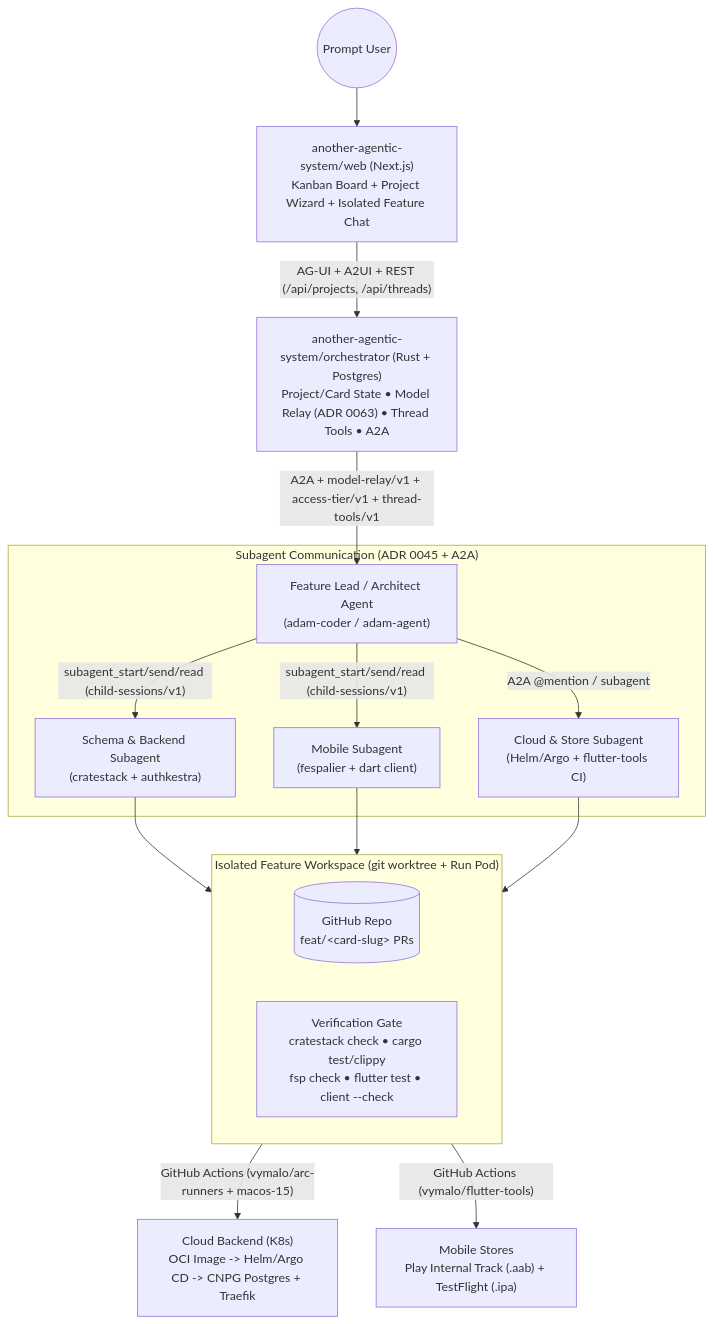
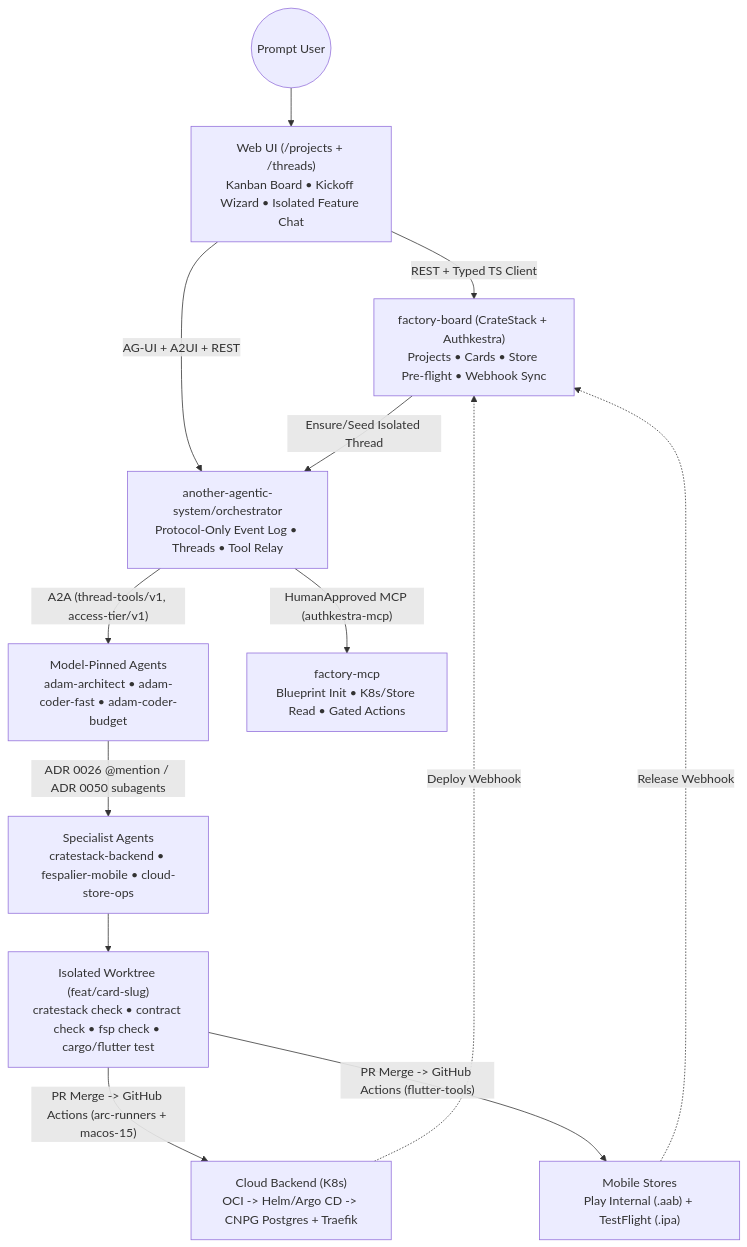
Before and after one commit to marcjazz/another-agentic-system: the diagram in docs/plans/app-factory-mvp-2026-12.md, drawn with Mermaid. The commit also changed other lines of this file and 2 other files, not shown here.

Commit message:
docs(plan): add ADR 0072 and revise Dec 2026 app-factory plan

````diff
--- a/docs/plans/app-factory-mvp-2026-12.md
+++ b/docs/plans/app-factory-mvp-2026-12.md
@@ -75,25 +75,18 @@
 ```mermaid
 flowchart TB
-  User((Prompt User)) --> Web["another-agentic-system/web (Next.js)<br/>Kanban Board + Project Wizard + Isolated Feature Chat"]
-  Web -- "AG-UI + A2UI + REST (/api/projects, /api/threads)" --> Orch["another-agentic-system/orchestrator (Rust + Postgres)<br/>Project/Card State • Model Relay (ADR 0063) • Thread Tools • A2A"]
+  User((Prompt User)) --> Web["Web UI (/projects + /threads)<br/>Kanban Board • Kickoff Wizard • Isolated Feature Chat"]
+  Web -- "REST + Typed TS Client" --> Board["factory-board (CrateStack + Authkestra)<br/>Projects • Cards • Store Pre-flight • Webhook Sync"]
+  Web -- "AG-UI + A2UI + REST" --> Orch["another-agentic-system/orchestrator<br/>Protocol-Only Event Log • Threads • Tool Relay"]
 
-  Orch -- "A2A + model-relay/v1 + access-tier/v1 + thread-tools/v1" --> Lead["Feature Lead / Architect Agent<br/>(adam-coder / adam-agent)"]
+  Board -- "Ensure/Seed Isolated Thread" --> Orch
+  Orch -- "A2A (thread-tools/v1, access-tier/v1)" --> Agents["Model-Pinned Agents<br/>adam-architect • adam-coder-fast • adam-coder-budget"]
 
-  subgraph Agents["Subagent Communication (ADR 0045 + A2A)"]
-    Lead -- "subagent_start/send/read (child-sessions/v1)" --> SchemaSub["Schema & Backend Subagent<br/>(cratestack + authkestra)"]
-    Lead -- "subagent_start/send/read (child-sessions/v1)" --> MobileSub["Mobile Subagent<br/>(fespalier + dart client)"]
-    Lead -- "A2A @mention / subagent" --> OpsSub["Cloud & Store Subagent<br/>(Helm/Argo + flutter-tools CI)"]
-  end
+  Agents -- "ADR 0026 @mention / ADR 0050 subagents" --> Specialists["Specialist Agents<br/>cratestack-backend • fespalier-mobile • cloud-store-ops"]
+  Specialists --> Workspace["Isolated Worktree (feat/card-slug)<br/>cratestack check • contract check • fsp check • cargo/flutter test"]
 
-  subgraph Workspace["Isolated Feature Workspace (git worktree + Run Pod)"]
-    Git[(GitHub Repo<br/>feat/&lt;card-slug&gt; PRs)]
-    Verify["Verification Gate<br/>cratestack check • cargo test/clippy<br/>fsp check • flutter test • client --check"]
-  end
-
-  SchemaSub --> Workspace
-  MobileSub --> Workspace
-  OpsSub --> Workspace
-
-  Workspace -- "GitHub Actions (vymalo/arc-runners + macos-15)" --> Cloud["Cloud Backend (K8s)<br/>OCI Image -> Helm/Argo CD -> CNPG Postgres + Traefik"]
-  Workspace -- "GitHub Actions (vymalo/flutter-tools)" --> Stores["Mobile Stores<br/>Play Internal Track (.aab) + TestFlight (.ipa)"]
+  Orch -- "HumanApproved MCP (authkestra-mcp)" --> FactoryMcp["factory-mcp<br/>Blueprint Init • K8s/Store Read • Gated Actions"]
+  Workspace -- "PR Merge -> GitHub Actions (arc-runners + macos-15)" --> Cloud["Cloud Backend (K8s)<br/>OCI -> Helm/Argo CD -> CNPG Postgres + Traefik"]
+  Workspace -- "PR Merge -> GitHub Actions (flutter-tools)" --> Stores["Mobile Stores<br/>Play Internal (.aab) + TestFlight (.ipa)"]
+  Cloud -. "Deploy Webhook" .-> Board
+  Stores -. "Release Webhook" .-> Board
 ```
````
